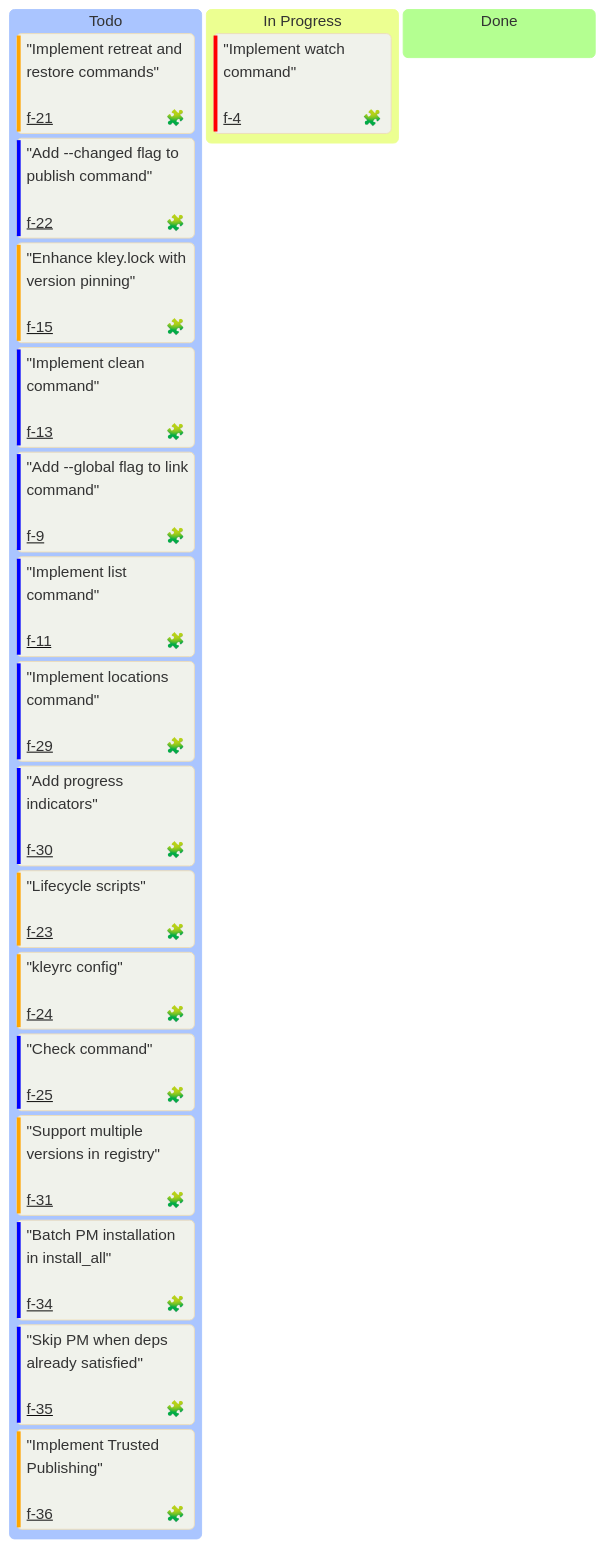
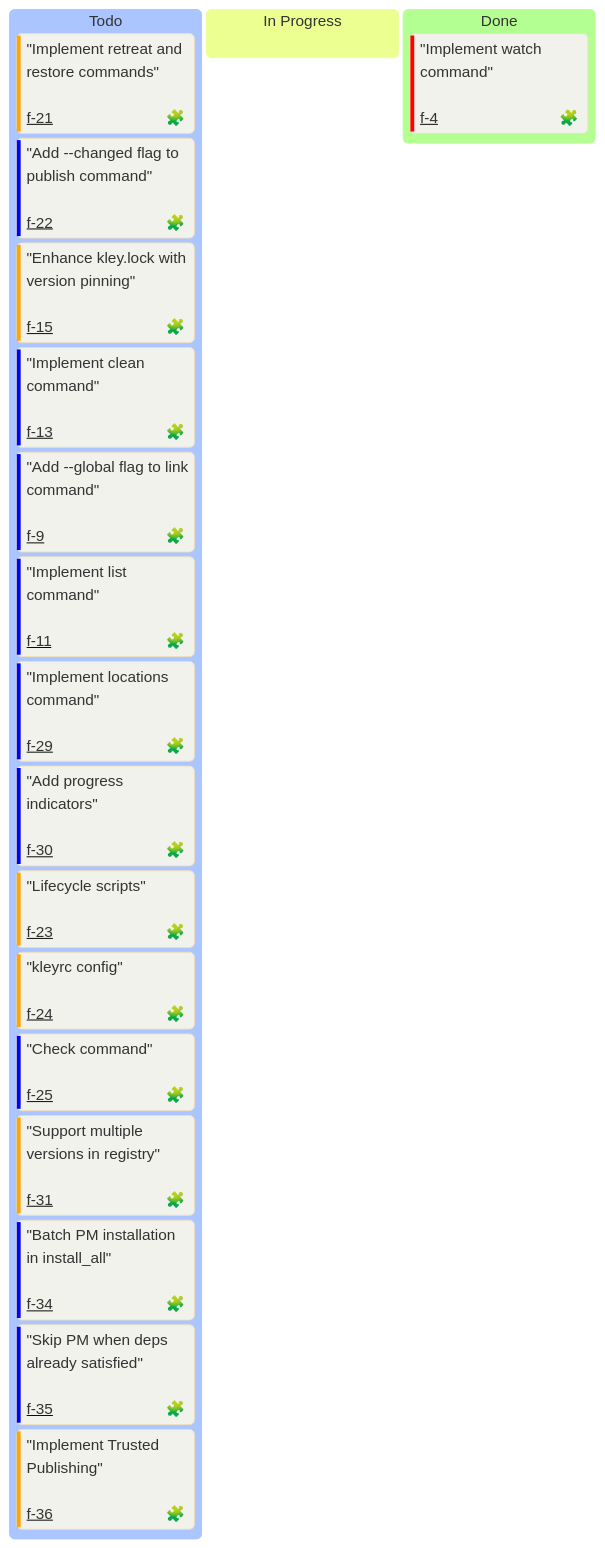
One commit to sumbad/kley changed the diagram in docs/milestones/M2-extended.md. Above: the diagram before and after it, drawn with Mermaid. The commit also changed other lines of this file and 5 other files, not shown here.

````diff
--- a/docs/milestones/M2-extended.md
+++ b/docs/milestones/M2-extended.md
@@ -17,43 +17,43 @@
 ```mermaid
 ---
 config:
   kanban:
     ticketBaseUrl: 'https://github.com/sumbad/kley/tree/master/docs/tickets/#TICKET#.md'
     
     ### Legend
     # assigned - 🧩 = feat | 🐞 = bug
     # priority - `Very High` = Critical | `High` = High | `Low` = Medium | `Very Low` = Low
     # ticket - used for a ticket file name (tickets/#TICKET#.md)
 ---
 %%{init: {
   'theme': 'base',
   'themeVariables': {
     'darkMode': false,
     'background': '#F0F2EB'
   }
 }}%%
 
 kanban
     Todo
         "Implement retreat and restore commands"<br/><br/>@{ assigned: 🧩, priority: 'High', ticket: 'f-21' }
         "Add --changed flag to publish command"<br/><br/>@{ assigned: 🧩, priority: 'Low', ticket: 'f-22' }
         "Enhance kley.lock with version pinning"<br/><br/>@{ assigned: 🧩, priority: 'High', ticket: 'f-15' }
         "Implement clean command"<br/><br/>@{ assigned: 🧩, priority: 'Low', ticket: 'f-13' }
         "Add --global flag to link command"<br/><br/>@{ assigned: 🧩, priority: 'Low', ticket: 'f-9' }
         "Implement list command"<br/><br/>@{ assigned: 🧩, priority: 'Low', ticket: 'f-11' }
         "Implement locations command"<br/><br/>@{ assigned: 🧩, priority: 'Low', ticket: 'f-29' }
         "Add progress indicators"<br/><br/>@{ assigned: 🧩, priority: 'Low', ticket: 'f-30' }
         "Lifecycle scripts"<br/><br/>@{ assigned: 🧩, priority: 'High', ticket: 'f-23' }
         "kleyrc config"<br/><br/>@{ assigned: 🧩, priority: 'High', ticket: 'f-24' }
         "Check command"<br/><br/>@{ assigned: 🧩, priority: 'Low', ticket: 'f-25' }
         "Support multiple versions in registry"<br/><br/>@{ assigned: 🧩, priority: 'High', ticket: 'f-31' }
         "Batch PM installation in install_all"<br/><br/>@{ assigned: 🧩, priority: 'Low', ticket: 'f-34' }
         "Skip PM when deps already satisfied"<br/><br/>@{ assigned: 🧩, priority: 'Low', ticket: 'f-35' }
         "Implement Trusted Publishing"<br/><br/>@{ assigned: 🧩, priority: 'High', ticket: 'f-36' }
 
     In Progress
+
+    Done
         "Implement watch command"<br/><br/>@{ assigned: 🧩, priority: 'Very High', ticket: 'f-4' }
 
-    Done
-
 ```
````
